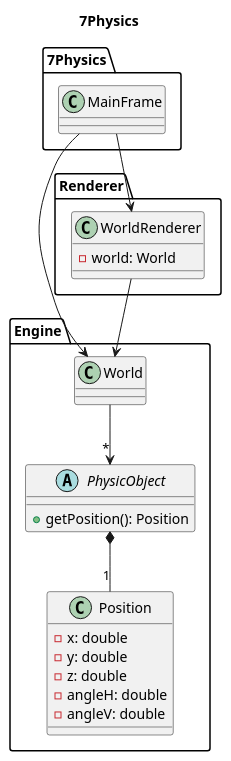
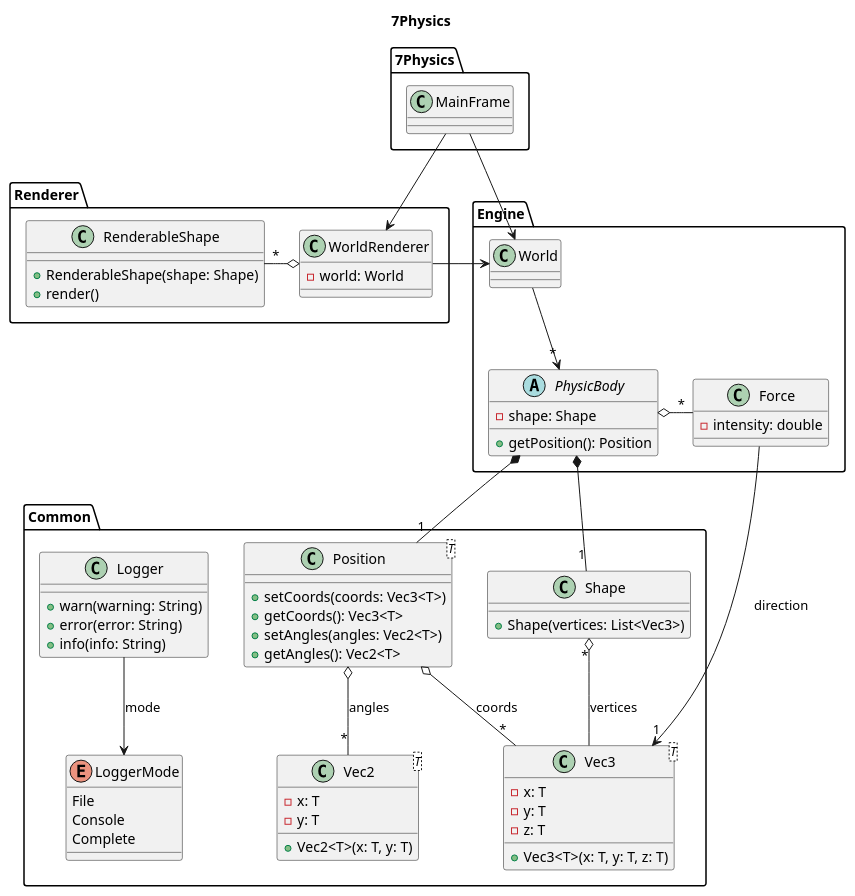
One commit to 7Physics/7Physics changed the diagram in class.plantuml. Above: the diagram before and after it, drawn with PlantUML.

Commit message:
Updating UML

```diff
--- a/class.plantuml
+++ b/class.plantuml
@@ -1,43 +1,96 @@
 @startuml
 
 title 7Physics
 
 package 7Physics {
     class MainFrame {
     
     }
 }
 
 package Engine {
     class World {
     
     }
     
-    abstract PhysicObject {
+    abstract PhysicBody {
+        - shape: Shape
         + getPosition(): Position
     }
     
-    class Position {
-        - x: double
-        - y: double
-        - z: double
-        - angleH: double
-        - angleV: double
+    class Force {
+        - intensity: double
     }
     
-    PhysicObject *-- "1" Position
-    World --> "*" PhysicObject
+    World --> "*" PhysicBody
+    PhysicBody o- "*" Force
 }
 
 package Renderer {
     class WorldRenderer {
         - world: World
     }
+    
+    class RenderableShape {
+        + RenderableShape(shape: Shape)
+        + render()
+    }
+    
+    RenderableShape "*" -o WorldRenderer
 }
 
-WorldRenderer --> World
+package Common {
+    class Position<T> {
+        + setCoords(coords: Vec3<T>)
+        + getCoords(): Vec3<T>
+        + setAngles(angles: Vec2<T>)
+        + getAngles(): Vec2<T>
+    }
+    
+    class Shape {
+        + Shape(vertices: List<Vec3>)
+    }
+    
+    class Vec3<T> {
+        - x: T
+        - y: T
+        - z: T
+        + Vec3<T>(x: T, y: T, z: T)
+    }
+    
+    class Vec2<T> {
+        - x: T
+        - y: T
+        + Vec2<T>(x: T, y: T)
+    }
+    
+    class Logger {
+        + warn(warning: String)
+        + error(error: String)
+        + info(info: String)
+    }
+    
+    enum LoggerMode {
+        File
+        Console
+        Complete
+    }
+
+    Logger --> LoggerMode: mode
+    Position o-- "*" Vec3: coords
+    Position o-- "*" Vec2: angles
+    Shape "*" o-- Vec3: vertices
+
+}
+
+PhysicBody *-- "1" Position
+PhysicBody *-- "1" Shape
+Force --> "1" Vec3: direction
+
 MainFrame --> World
 MainFrame --> WorldRenderer
+WorldRenderer -> World
+
 
 
 @enduml
```
